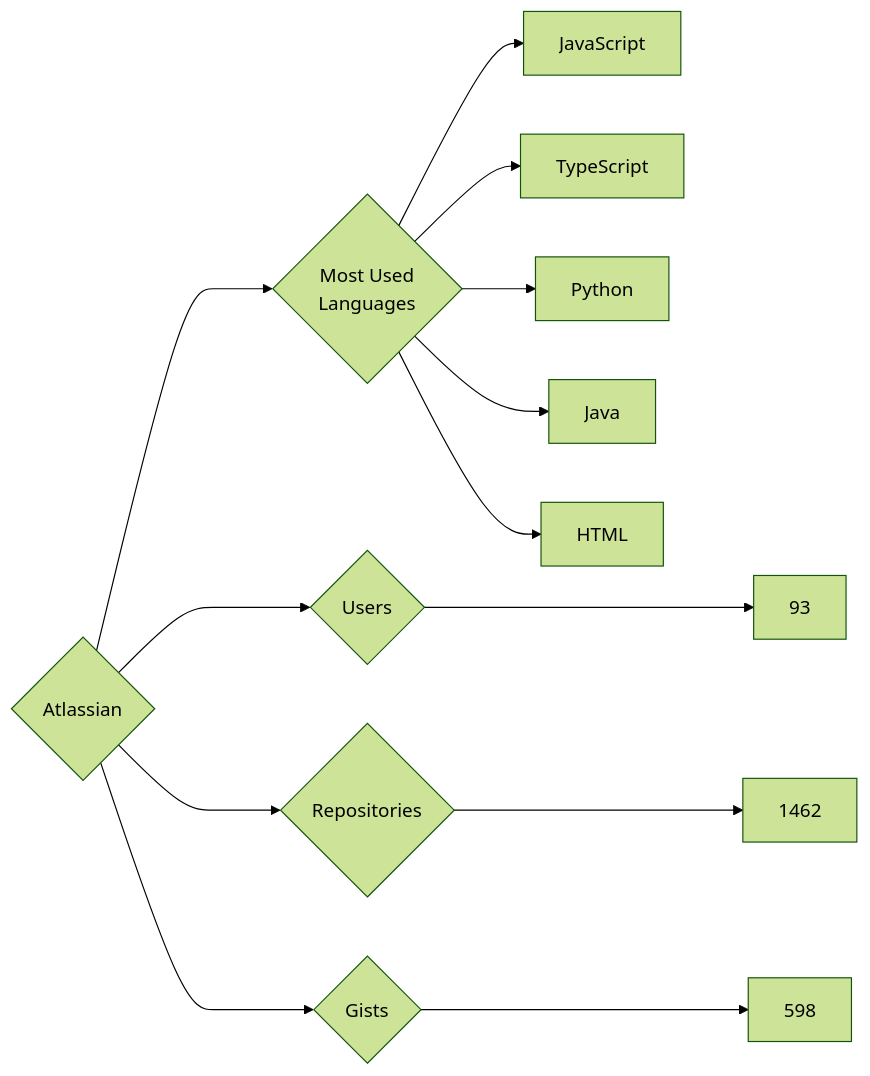
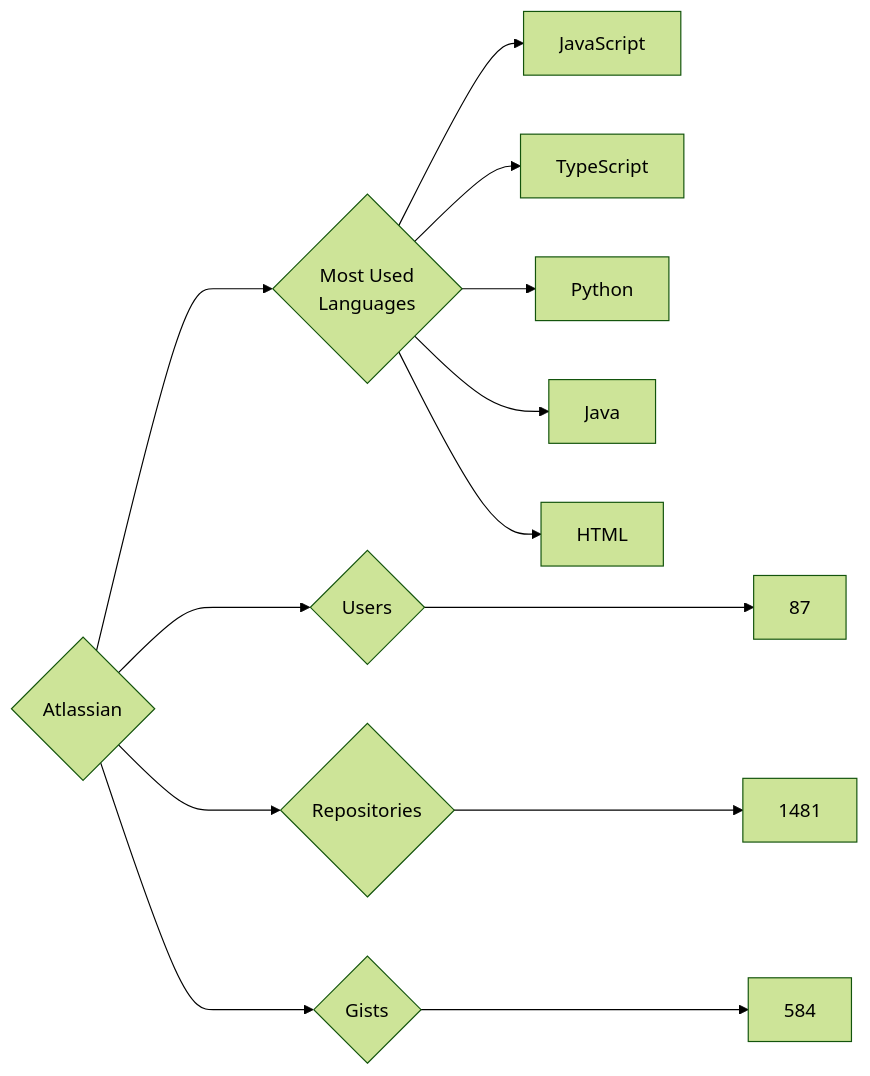
One commit to trickest/insiders changed the diagram in targets/Atlassian/README.md. Above: the diagram before and after it, drawn with Mermaid (forest theme). The commit also changed 899 other files, not shown here.

````diff
--- a/targets/Atlassian/README.md
+++ b/targets/Atlassian/README.md
@@ -3,13 +3,13 @@
 ```mermaid
 graph LR
 COMPANY_NAME{Atlassian}
-COMPANY_NAME ---> U{Users} ---> UN[93]
-COMPANY_NAME ---> R{Repositories} ---> RN[1462]
-COMPANY_NAME ---> G{Gists} ---> GN[598]
+COMPANY_NAME ---> U{Users} ---> UN[87]
+COMPANY_NAME ---> R{Repositories} ---> RN[1481]
+COMPANY_NAME ---> G{Gists} ---> GN[584]
 COMPANY_NAME ---> ML{Most Used<br>Languages}
 ML --> JavaScript[JavaScript]
 ML --> TypeScript[TypeScript]
 ML --> Python[Python]
 ML --> Java[Java]
 ML --> HTML[HTML]
 ```
````
